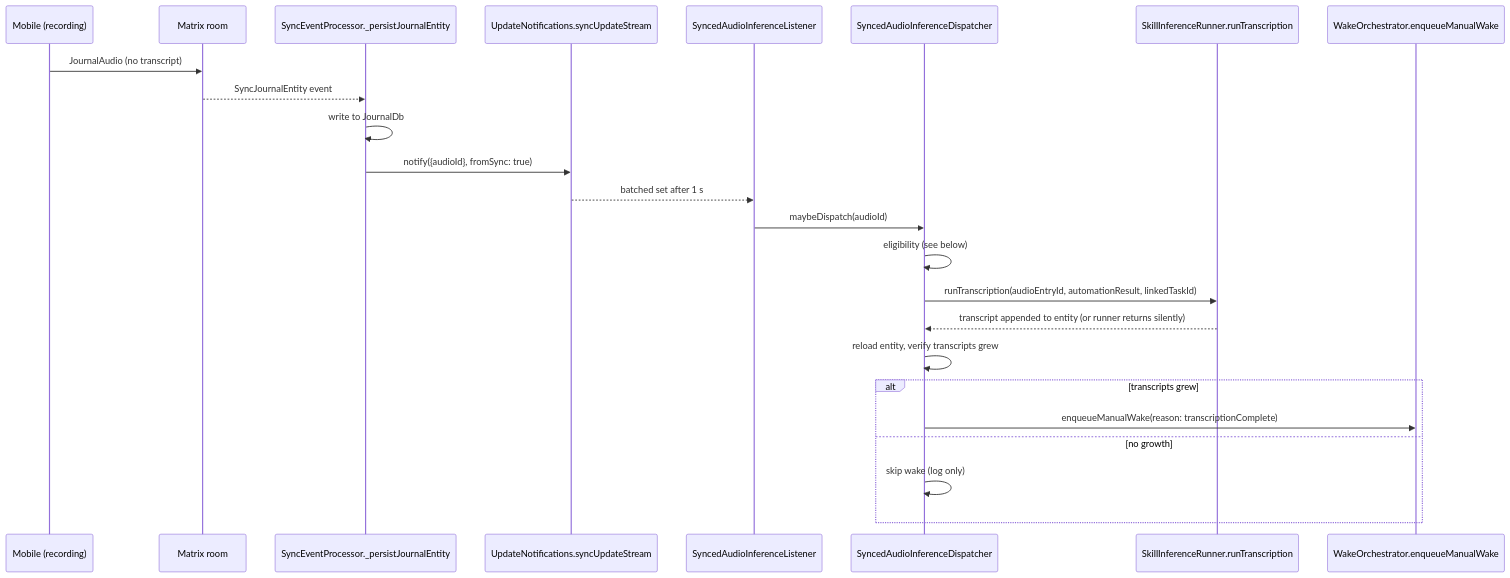
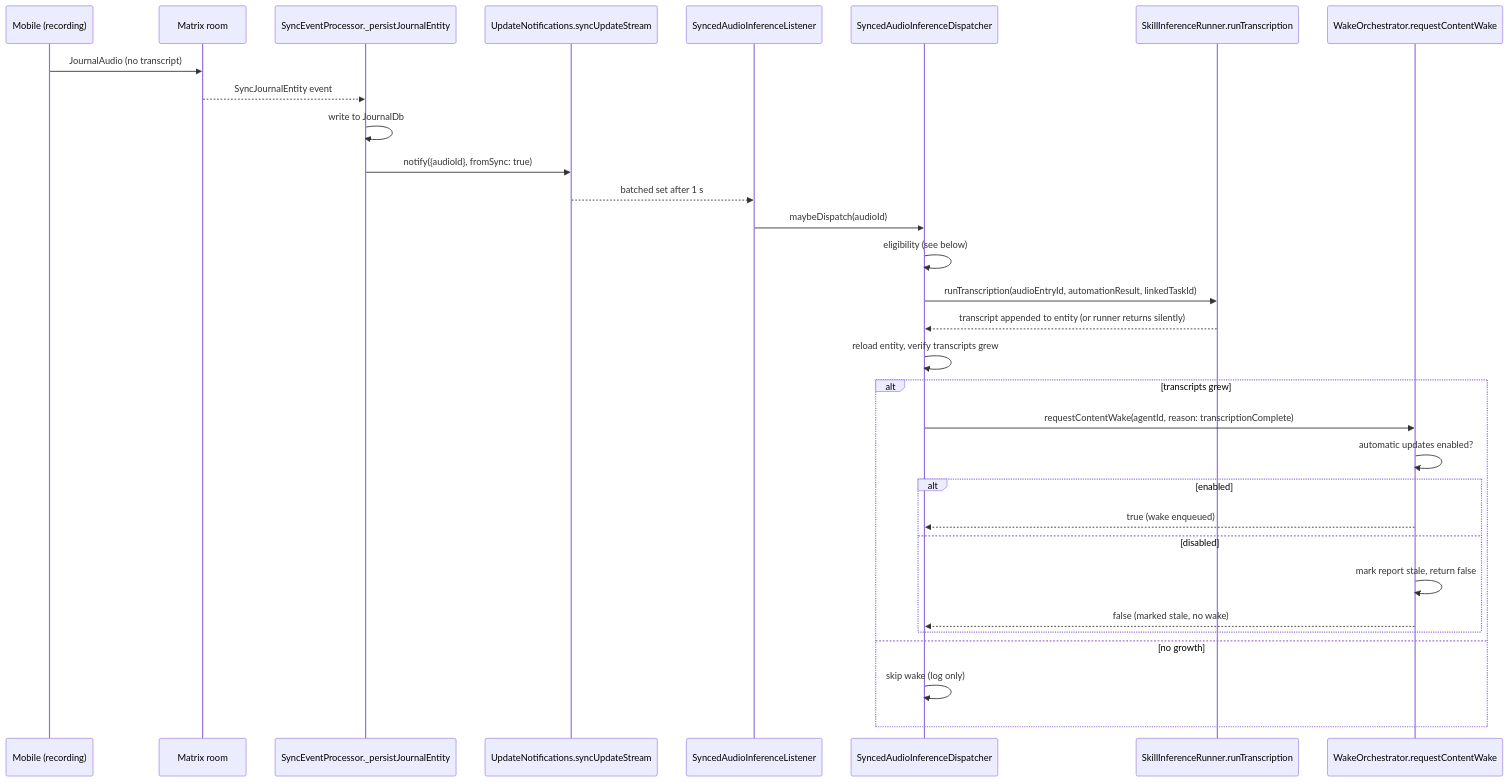
The diagram in knowledge/features/sync/node-profiles-and-auto-trigger.md (matthiasn/lotti), drawn with Mermaid before and after one commit. The commit also changed other lines of this file and 4 other files, not shown here.

````diff
--- a/knowledge/features/sync/node-profiles-and-auto-trigger.md
+++ b/knowledge/features/sync/node-profiles-and-auto-trigger.md
@@ -79,27 +79,34 @@
 ```mermaid
 sequenceDiagram
   participant Mobile as Mobile (recording)
   participant Matrix as Matrix room
   participant Apply as SyncEventProcessor._persistJournalEntity
   participant Notif as UpdateNotifications.syncUpdateStream
   participant Listener as SyncedAudioInferenceListener
   participant Disp as SyncedAudioInferenceDispatcher
   participant Runner as SkillInferenceRunner.runTranscription
-  participant Wake as WakeOrchestrator.enqueueManualWake
+  participant Wake as WakeOrchestrator.requestContentWake
 
   Mobile->>Matrix: JournalAudio (no transcript)
   Matrix-->>Apply: SyncJournalEntity event
   Apply->>Apply: write to JournalDb
   Apply->>Notif: notify({audioId}, fromSync: true)
   Notif-->>Listener: batched set after 1 s
   Listener->>Disp: maybeDispatch(audioId)
   Disp->>Disp: eligibility (see below)
   Disp->>Runner: runTranscription(audioEntryId, automationResult, linkedTaskId)
   Runner-->>Disp: transcript appended to entity (or runner returns silently)
   Disp->>Disp: reload entity, verify transcripts grew
   alt transcripts grew
-    Disp->>Wake: enqueueManualWake(reason: transcriptionComplete)
+    Disp->>Wake: requestContentWake(agentId, reason: transcriptionComplete)
+    Wake->>Wake: automatic updates enabled?
+    alt enabled
+      Wake-->>Disp: true (wake enqueued)
+    else disabled
+      Wake->>Wake: mark report stale, return false
+      Wake-->>Disp: false (marked stale, no wake)
+    end
   else no growth
     Disp->>Disp: skip wake (log only)
   end
 ```
````
